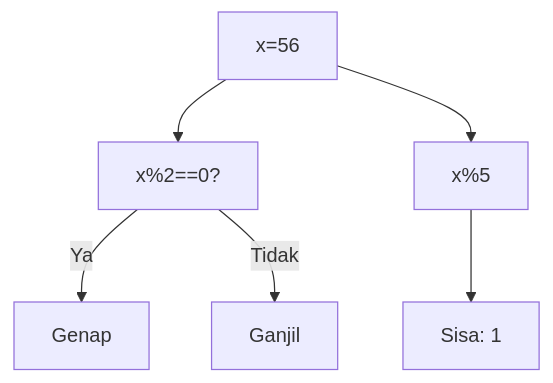
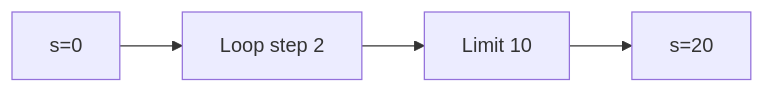
The first of 25 diagrams in part-c-pemahaman-cpp/03-perulangan/latihan/set-03.md (amnahwaida/OSNK_INF_PREP), drawn with Mermaid before and after one commit. The commit also changed other lines of this file and 71 other files, not shown here.

````diff
--- a/part-c-pemahaman-cpp/03-perulangan/latihan/set-03.md
+++ b/part-c-pemahaman-cpp/03-perulangan/latihan/set-03.md
@@ -23,8 +21,6 @@
 ```mermaid
-graph TD
-A["x=56"] --> B["x%2==0?"]
-B -- Ya --> C["Genap"]
-B -- Tidak --> D["Ganjil"]
-A --> E["x%5"]
-E --> F["Sisa: 1"]
+graph LR
+A["s=0"] --> B["Loop step 2"]
+B --> C["Limit 10"]
+C --> D["s=20"]
 ```
````
